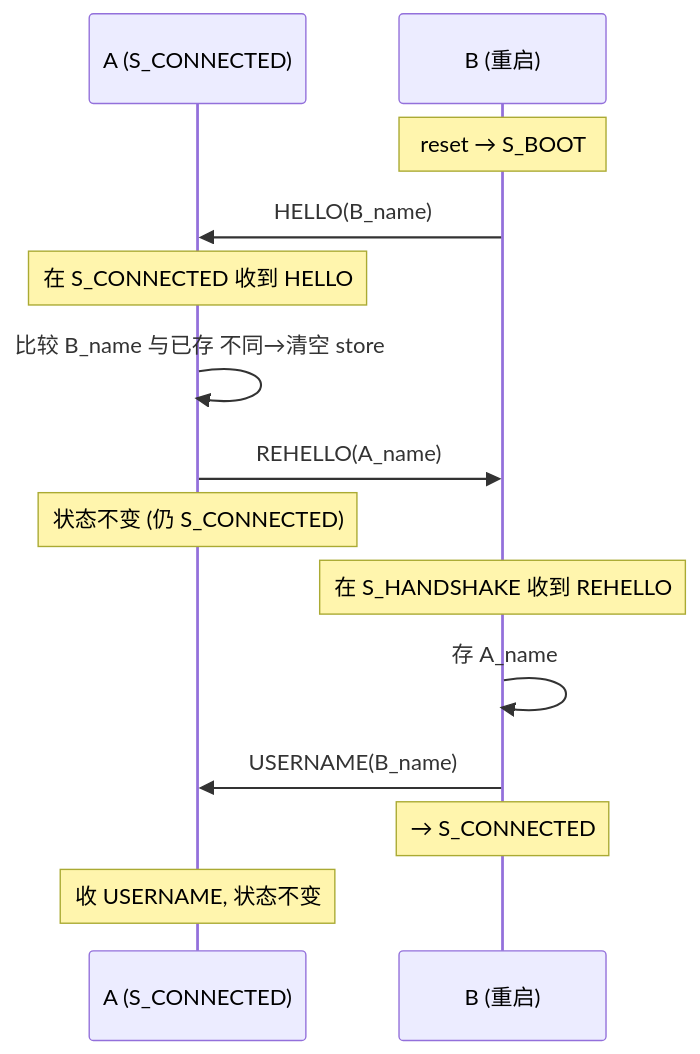
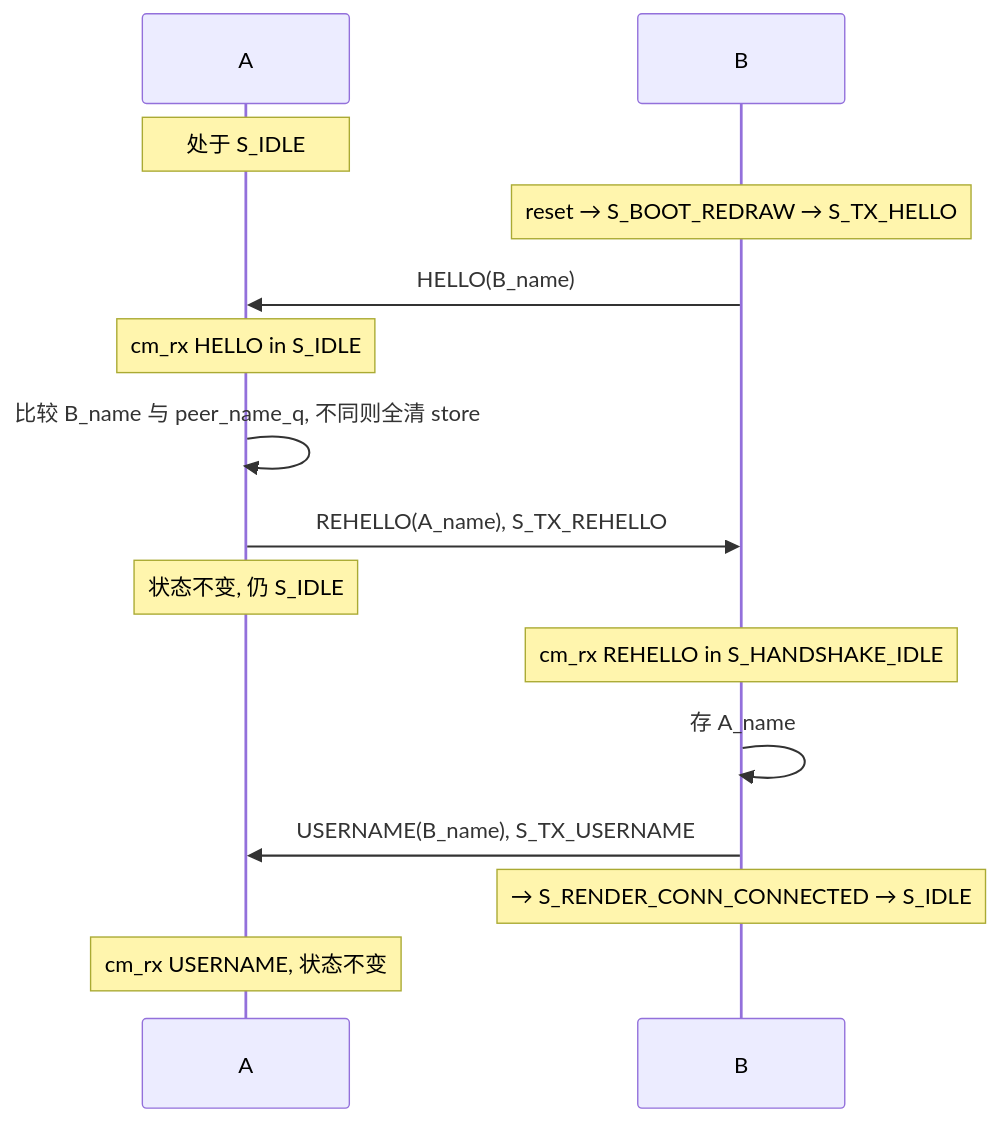
One commit to LorenzLorentz/Digtal_Logic_Design changed the second of 11 diagrams in README.md. Above: the diagram before and after it, drawn with Mermaid. The commit also changed other lines of this file and 2 other files, not shown here.

````diff
--- a/README.md
+++ b/README.md
@@ -155,18 +86,19 @@
 ```mermaid
 sequenceDiagram
-    participant A as A (S_CONNECTED)
-    participant B as B (重启)
+    participant A
+    participant B
 
-    Note over B: reset → S_BOOT
+    Note over A: 处于 S_IDLE
+    Note over B: reset → S_BOOT_REDRAW → S_TX_HELLO
     B->>A: HELLO(B_name)
-    Note over A: 在 S_CONNECTED 收到 HELLO
-    A->>A: 比较 B_name 与已存 不同→清空 store
-    A->>B: REHELLO(A_name)
-    Note over A: 状态不变 (仍 S_CONNECTED)
+    Note over A: cm_rx HELLO in S_IDLE
+    A->>A: 比较 B_name 与 peer_name_q, 不同则全清 store
+    A->>B: REHELLO(A_name), S_TX_REHELLO
+    Note over A: 状态不变, 仍 S_IDLE
 
-    Note over B: 在 S_HANDSHAKE 收到 REHELLO
+    Note over B: cm_rx REHELLO in S_HANDSHAKE_IDLE
     B->>B: 存 A_name
-    B->>A: USERNAME(B_name)
-    Note over B: → S_CONNECTED
-    Note over A: 收 USERNAME, 状态不变
+    B->>A: USERNAME(B_name), S_TX_USERNAME
+    Note over B: → S_RENDER_CONN_CONNECTED → S_IDLE
+    Note over A: cm_rx USERNAME, 状态不变
 ```
````
